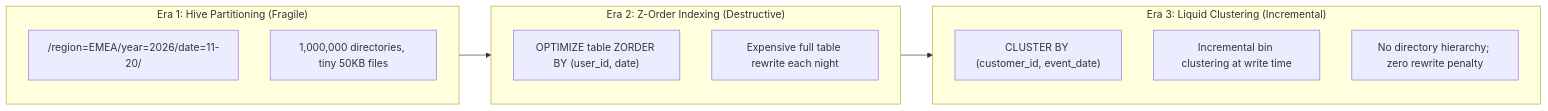
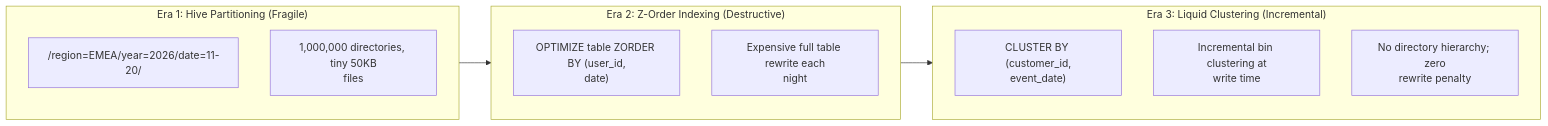
Before and after one commit to santoshjammi29/data-system-design-handbook: the diagram in modules/04_storage_optimization_and_clustering/README.md, drawn with Mermaid. The commit also changed 15 other files, not shown here.

Commit message:
fix(diagrams): word-wrap labels and escape comparison operators across all diagrams

````diff
--- a/modules/04_storage_optimization_and_clustering/README.md
+++ b/modules/04_storage_optimization_and_clustering/README.md
@@ -23,20 +23,20 @@
 ```mermaid
 flowchart LR
     subgraph LegacyPartitioning["Era 1: Hive Partitioning (Fragile)"]
         HP1["/region=EMEA/year=2026/date=11-20/"]
-        HP2["1,000,000 directories, tiny 50KB files"]
+        HP2["1,000,000 directories, tiny 50KB<br/>files"]
     end
 
     subgraph ZOrderEra["Era 2: Z-Order Indexing (Destructive)"]
-        ZO1["OPTIMIZE table ZORDER BY (user_id, date)"]
-        ZO2["Expensive full table rewrite each night"]
+        ZO1["OPTIMIZE table ZORDER BY (user_id,<br/>date)"]
+        ZO2["Expensive full table rewrite each<br/>night"]
     end
 
     subgraph LiquidEra["Era 3: Liquid Clustering (Incremental)"]
-        LQ1["CLUSTER BY (customer_id, event_date)"]
-        LQ2["Incremental bin clustering at write time"]
-        LQ3["No directory hierarchy; zero rewrite penalty"]
+        LQ1["CLUSTER BY (customer_id,<br/>event_date)"]
+        LQ2["Incremental bin clustering at<br/>write time"]
+        LQ3["No directory hierarchy; zero<br/>rewrite penalty"]
     end
 
     LegacyPartitioning --> ZOrderEra --> LiquidEra
 ```
````
